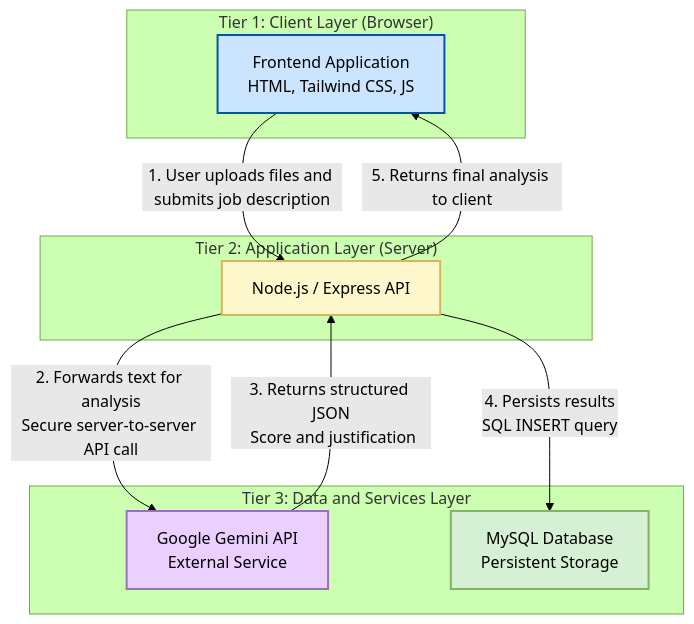
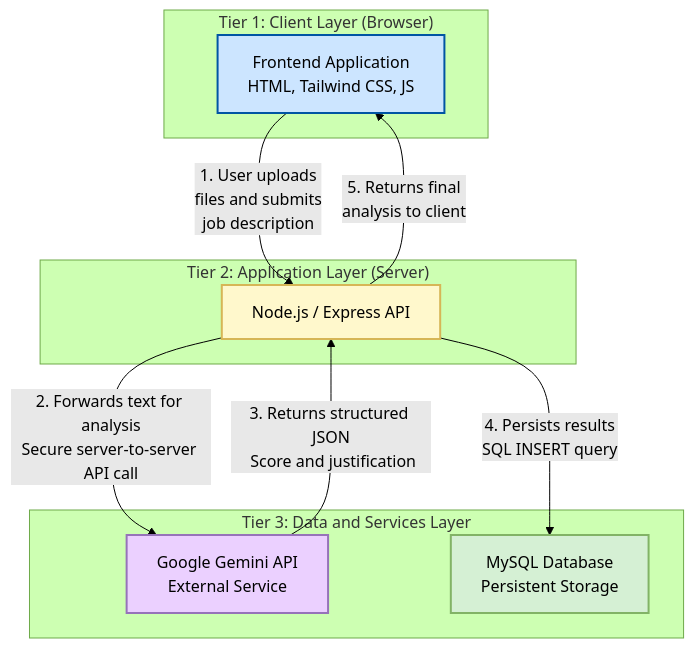
The diagram in README.md (rekhasahoo/SMART_RESUME_PARSER), drawn with Mermaid (forest theme) before and after one commit.

````diff
--- a/README.md
+++ b/README.md
@@ -23,28 +23,28 @@
 ```mermaid
 graph TD
     subgraph "Tier 1: Client Layer (Browser)"
         A[Frontend Application<br> HTML, Tailwind CSS, JS]
     end
 
     subgraph "Tier 2: Application Layer (Server)"
         B[Node.js / Express API]
     end
 
     subgraph "Tier 3: Data and Services Layer"
         C[Google Gemini API<br> External Service]
         D[MySQL Database<br> Persistent Storage]
     end
 
     %% User flow arrows
-    A -->|1. User uploads files and submits job description| B
+    A -->|1. User uploads <br>files and submits <br>job description| B
     B -->|2. Forwards text for analysis<br>Secure server-to-server API call| C
     C -->|3. Returns structured JSON<br> Score and justification| B
     B -->|4. Persists results<br> SQL INSERT query| D
-    B -->|5. Returns final analysis to client| A
+    B -->|5. Returns final <br>analysis to client| A
 
     %% Node styles with readable colors
     style A fill:#CCE5FF,stroke:#0055A4,color:#000,stroke-width:2px
     style B fill:#FFF8CC,stroke:#D6B656,color:#000,stroke-width:2px
     style C fill:#EBD0FF,stroke:#9673B9,color:#000,stroke-width:2px
     style D fill:#D5F0D4,stroke:#82B366,color:#000,stroke-width:2px
 ```
````
